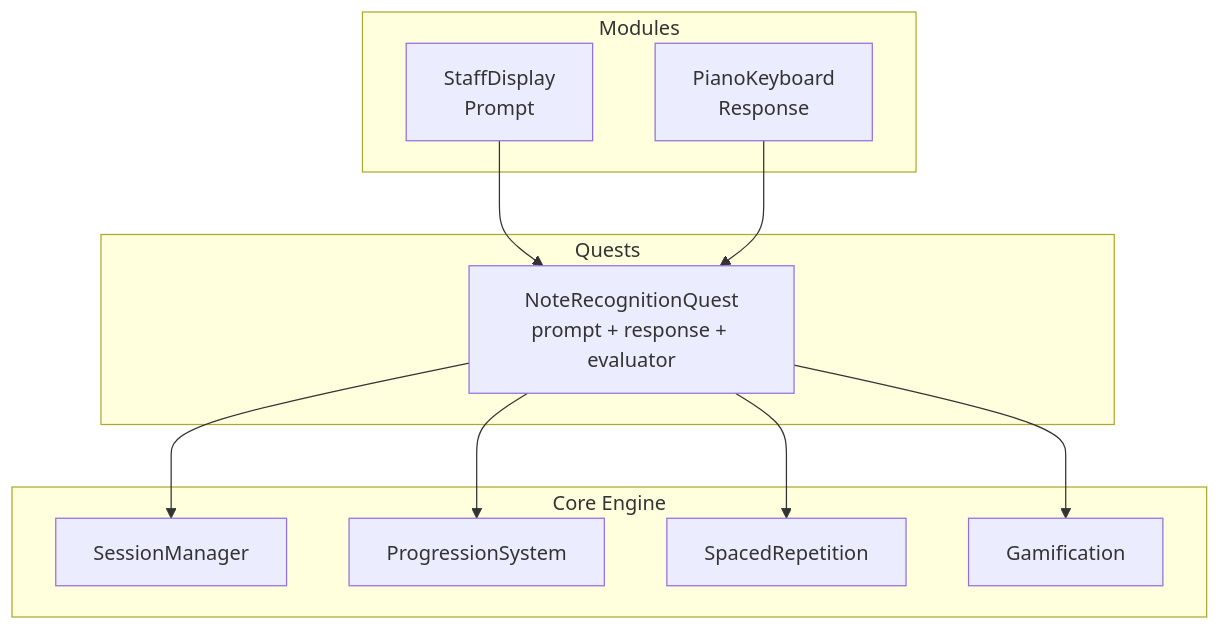
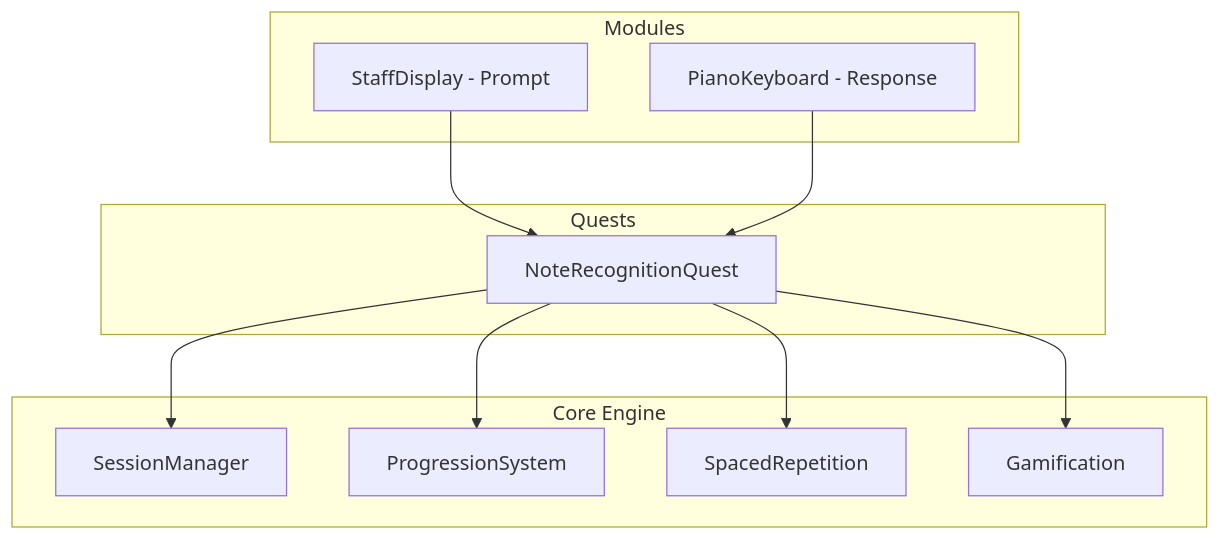
Before and after one commit to dpkay/vibeyond: the diagram in docs/TDD.md, drawn with Mermaid.

Commit message:
Simplify Mermaid labels to single-line for compatibility

````diff
--- a/docs/TDD.md
+++ b/docs/TDD.md
@@ -9,25 +9,25 @@
 ```mermaid
 graph TD
     subgraph Modules
-        A[StaffDisplay<br/>Prompt]
-        B[PianoKeyboard<br/>Response]
+        A[StaffDisplay - Prompt]
+        B[PianoKeyboard - Response]
     end
 
     subgraph Quests
-        C[NoteRecognitionQuest<br/>prompt + response + evaluator]
+        C[NoteRecognitionQuest]
     end
 
     subgraph Core Engine
         D[SessionManager]
         E[ProgressionSystem]
         F[SpacedRepetition]
         G[Gamification]
     end
 
     A --> C
     B --> C
     C --> D
     C --> E
     C --> F
     C --> G
 ```
````
